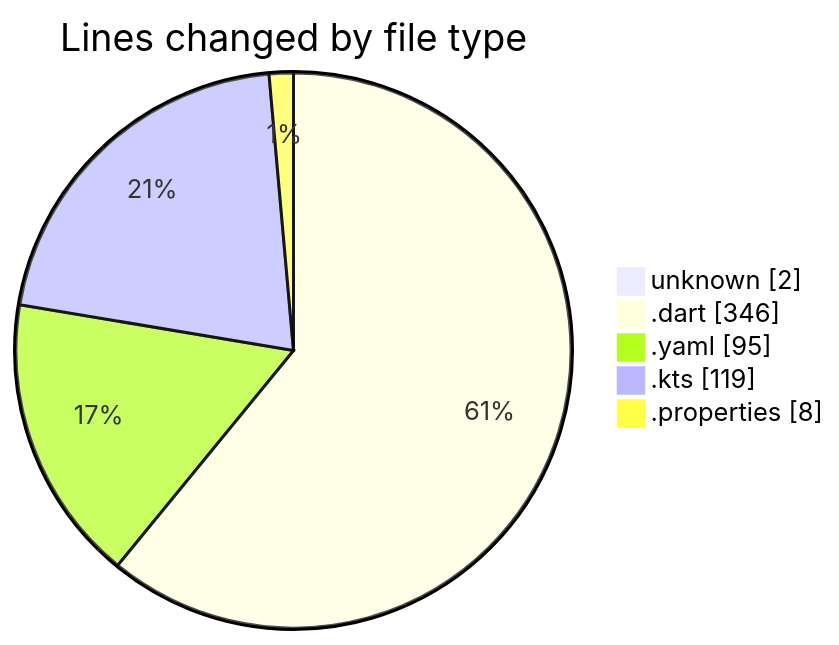
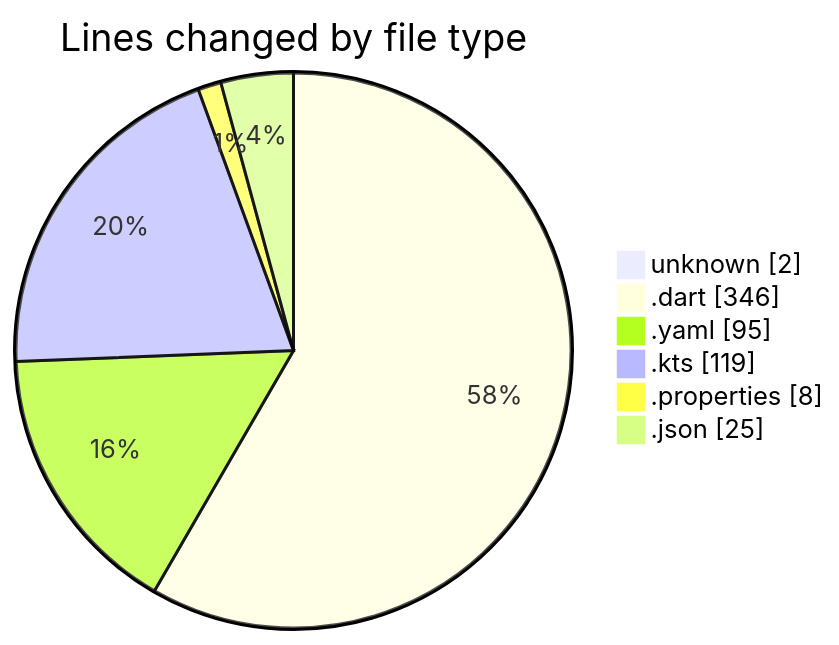
Before and after one commit to donsfak/code-tracking: the first of 2 diagrams in 2025-10-19/weather_insights_app/README.md, drawn with Mermaid. The commit also changed other lines of this file and 1 other file, not shown here.

````diff
--- a/2025-10-19/weather_insights_app/README.md
+++ b/2025-10-19/weather_insights_app/README.md
@@ -29,9 +30,10 @@
 ```mermaid
 pie showData
 title Lines changed by file type
 "unknown" : 2
 ".dart" : 346
 ".yaml" : 95
 ".kts" : 119
 ".properties" : 8
+".json" : 25
 ```
````
